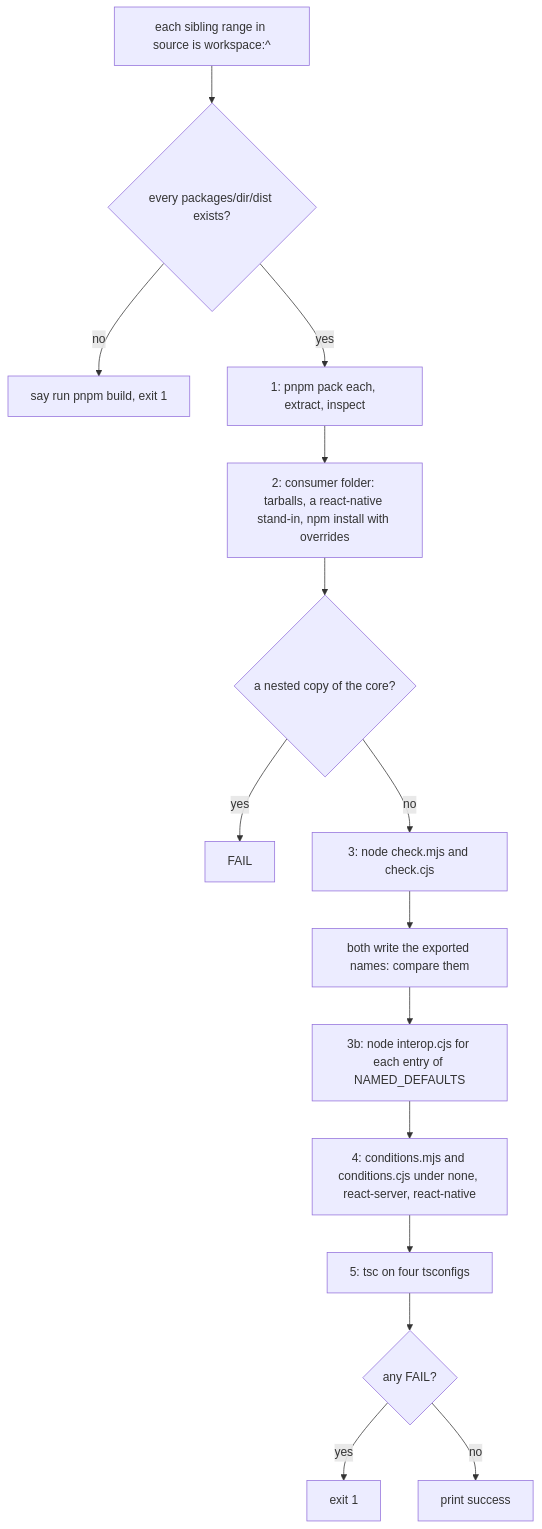
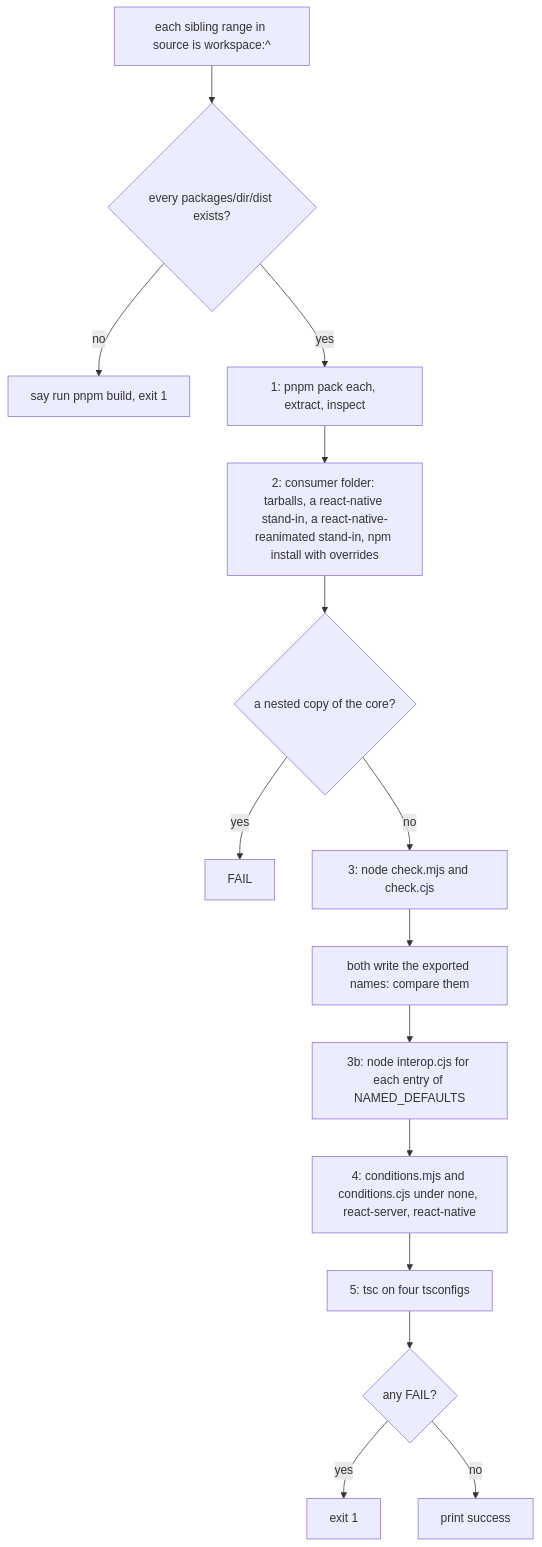
Before and after one commit to soroush-tech/umber-style: the diagram in scripts/smoke-packed.md, drawn with Mermaid. The commit also changed other lines of this file and 93 other files, not shown here.

Commit message:
feat(react-native): animations and transitions run on React Native through react-native-reanimated from the animated entry, and every package is at 0.5.0 - #43

````diff
--- a/scripts/smoke-packed.md
+++ b/scripts/smoke-packed.md
@@ -25,17 +26,17 @@
 ```mermaid
 flowchart TD
   s0["each sibling range in source is workspace:^"] --> dist{"every packages/dir/dist exists?"}
   dist -->|no| stop["say run pnpm build, exit 1"]
   dist -->|yes| s1["1: pnpm pack each, extract, inspect"]
-  s1 --> s2["2: consumer folder: tarballs, a react-native stand-in, npm install with overrides"]
+  s1 --> s2["2: consumer folder: tarballs, a react-native stand-in, a react-native-reanimated stand-in, npm install with overrides"]
   s2 --> one{"a nested copy of the core?"}
   one -->|yes| f1["FAIL"]
   one -->|no| s3["3: node check.mjs and check.cjs"]
   s3 --> keys["both write the exported names: compare them"]
   keys --> s3b["3b: node interop.cjs for each entry of NAMED_DEFAULTS"]
   s3b --> s4["4: conditions.mjs and conditions.cjs under none, react-server, react-native"]
   s4 --> s5["5: tsc on four tsconfigs"]
   s5 --> end1{"any FAIL?"}
   end1 -->|yes| exit1["exit 1"]
   end1 -->|no| done["print success"]
 ```
````
